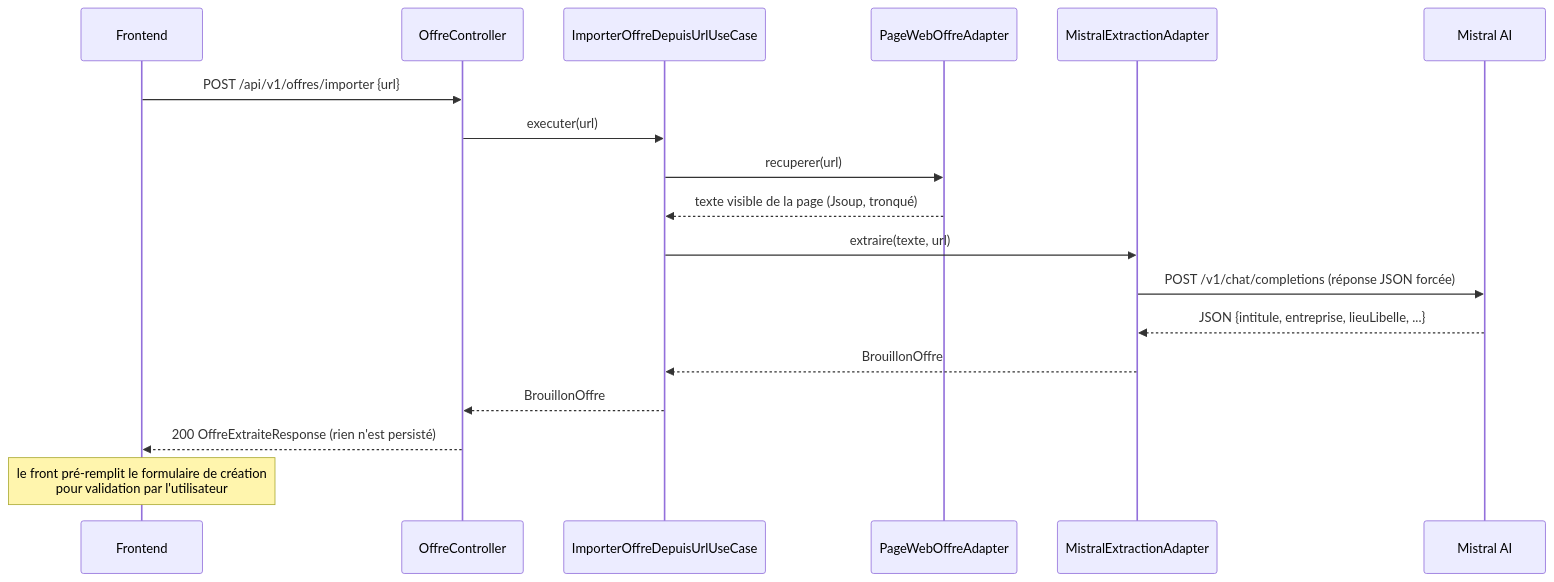
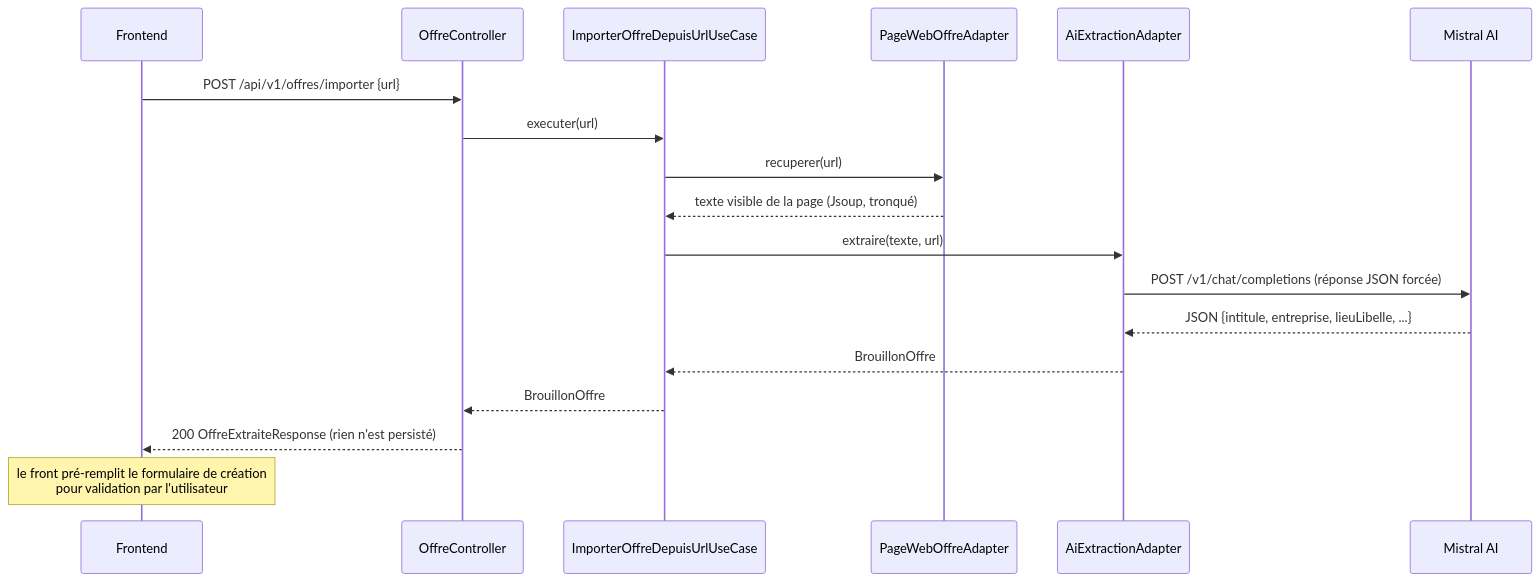
The third of 3 diagrams in README.md (job-offres-tracker/back), drawn with Mermaid before and after one commit. The commit also changed other lines of this file and 9 other files, not shown here.

````diff
--- a/README.md
+++ b/README.md
@@ -264,21 +264,21 @@
 ```mermaid
 sequenceDiagram
     participant FE as Frontend
     participant Ctrl as OffreController
     participant UC as ImporterOffreDepuisUrlUseCase
     participant Page as PageWebOffreAdapter
-    participant IA as MistralExtractionAdapter
+    participant IA as AiExtractionAdapter
     participant Mistral as Mistral AI
 
     FE->>Ctrl: POST /api/v1/offres/importer {url}
     Ctrl->>UC: executer(url)
     UC->>Page: recuperer(url)
     Page-->>UC: texte visible de la page (Jsoup, tronqué)
     UC->>IA: extraire(texte, url)
     IA->>Mistral: POST /v1/chat/completions (réponse JSON forcée)
     Mistral-->>IA: JSON {intitule, entreprise, lieuLibelle, ...}
     IA-->>UC: BrouillonOffre
     UC-->>Ctrl: BrouillonOffre
     Ctrl-->>FE: 200 OffreExtraiteResponse (rien n'est persisté)
     Note over FE: le front pré-remplit le formulaire de création<br/>pour validation par l'utilisateur
 ```
````
